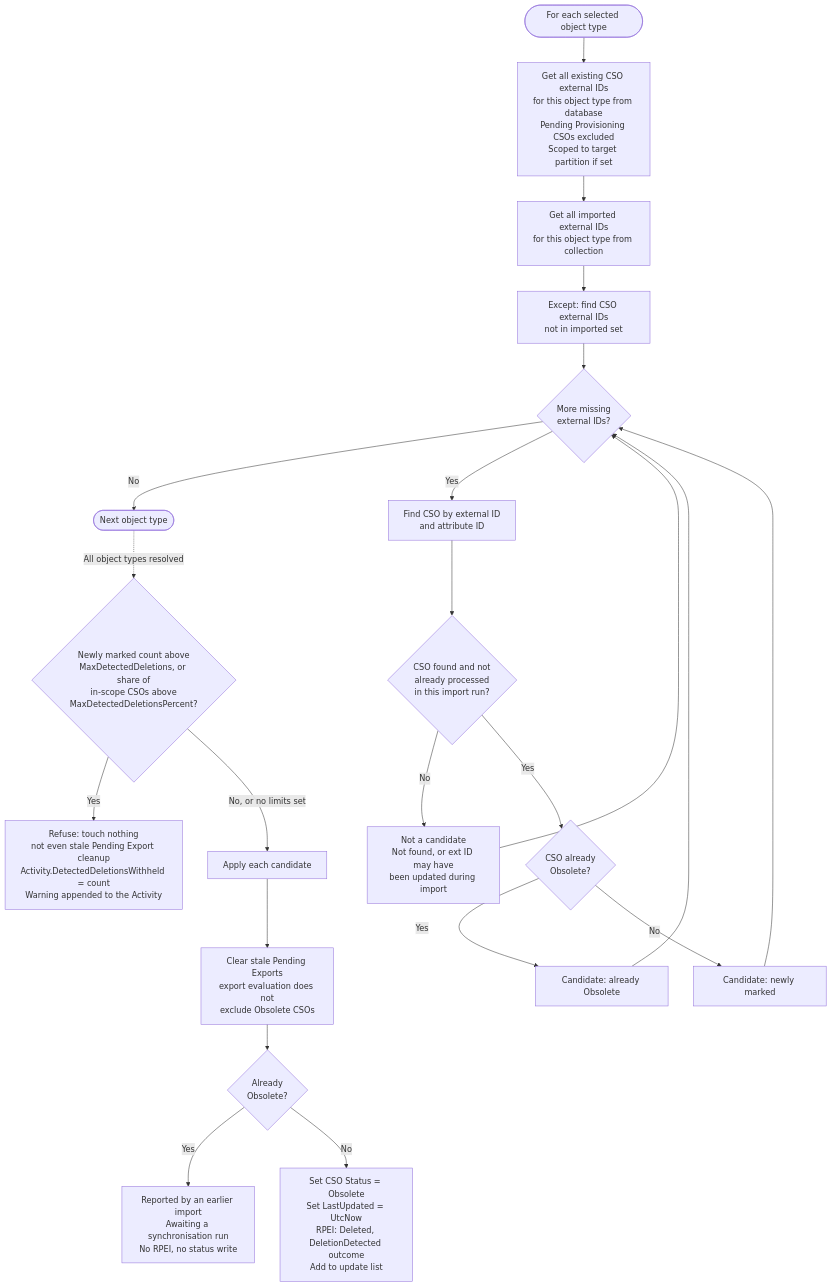
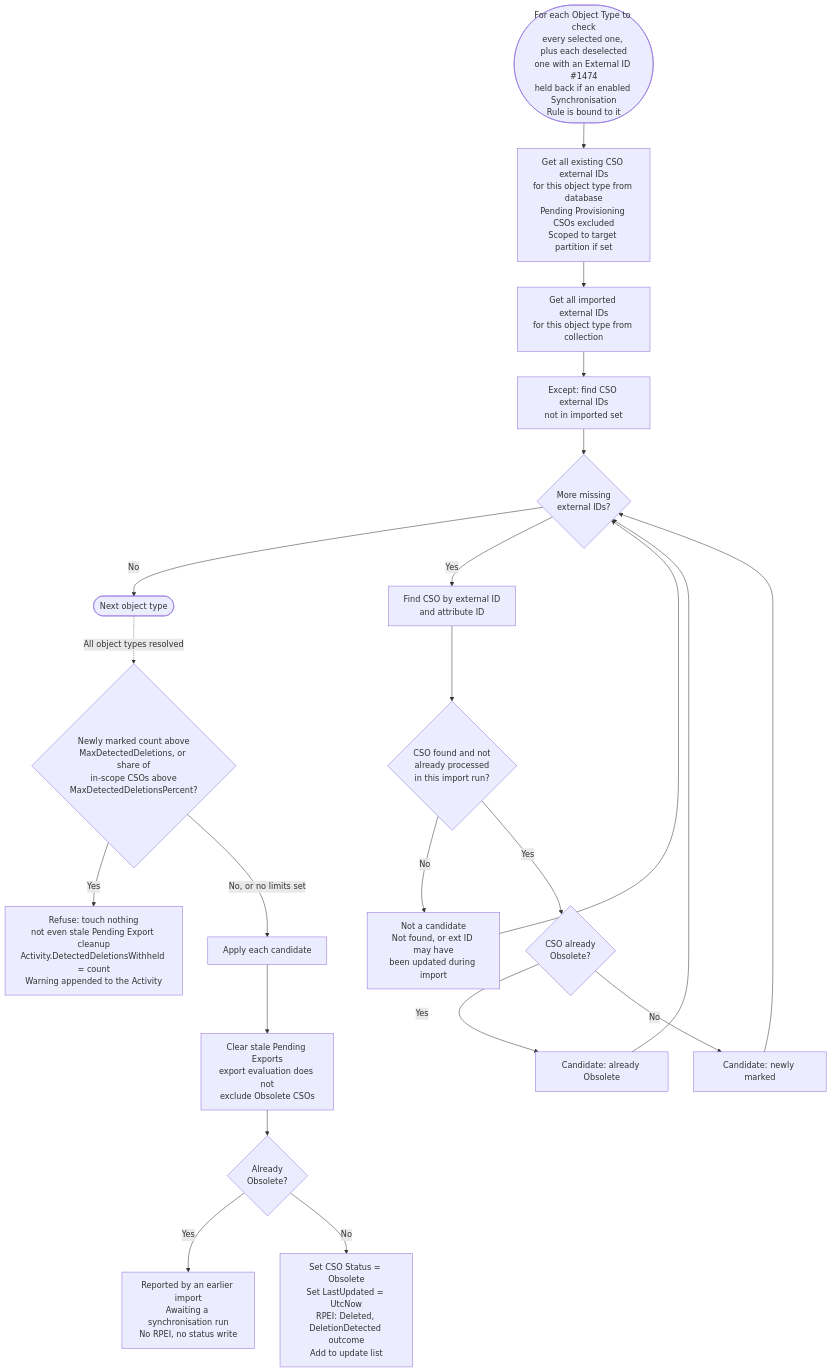
Before and after one commit to TetronIO/JIM: the third of 6 diagrams in docs/developer/diagrams/FULL_IMPORT_FLOW.md, drawn with Mermaid. The commit also changed other lines of this file and 28 other files, not shown here.

First line of the commit message:
docs: update documentation and diagrams for v0.16.0 release

````diff
--- a/docs/developer/diagrams/FULL_IMPORT_FLOW.md
+++ b/docs/developer/diagrams/FULL_IMPORT_FLOW.md
@@ -150,25 +156,25 @@
 ```mermaid
 flowchart TD
-    Start([For each selected object type]) --> GetExisting[Get all existing CSO external IDs<br/>for this object type from database<br/>Pending Provisioning CSOs excluded<br/>Scoped to target partition if set]
+    Start([For each Object Type to check<br/>every selected one, plus each deselected<br/>one with an External ID #1474<br/>held back if an enabled Synchronisation<br/>Rule is bound to it]) --> GetExisting[Get all existing CSO external IDs<br/>for this object type from database<br/>Pending Provisioning CSOs excluded<br/>Scoped to target partition if set]
     GetExisting --> GetImported[Get all imported external IDs<br/>for this object type from collection]
     GetImported --> Compare[Except: find CSO external IDs<br/>not in imported set]
     Compare --> Loop{More missing<br/>external IDs?}
     Loop -->|No| NextType([Next object type])
     Loop -->|Yes| FindCso[Find CSO by external ID<br/>and attribute ID]
     FindCso --> Found{CSO found and not<br/>already processed<br/>in this import run?}
     Found -->|No| Drop[Not a candidate<br/>Not found, or ext ID may have<br/>been updated during import]
     Drop --> Loop
     Found -->|Yes| Classify{CSO already<br/>Obsolete?}
     Classify -->|Yes| AlreadyObsolete[Candidate: already Obsolete]
     Classify -->|No| NewlyMarked[Candidate: newly marked]
     AlreadyObsolete --> Loop
     NewlyMarked --> Loop
 
     NextType -.->|All object types resolved| Limits{Newly marked count above<br/>MaxDetectedDeletions, or share of<br/>in-scope CSOs above<br/>MaxDetectedDeletionsPercent?}
     Limits -->|Yes| Refuse[Refuse: touch nothing<br/>not even stale Pending Export cleanup<br/>Activity.DetectedDeletionsWithheld = count<br/>Warning appended to the Activity]
     Limits -->|No, or no limits set| Apply[Apply each candidate]
     Apply --> ClearPes[Clear stale Pending Exports<br/>export evaluation does not<br/>exclude Obsolete CSOs]
     ClearPes --> WasObsolete{Already<br/>Obsolete?}
     WasObsolete -->|Yes| StillGone[Reported by an earlier import<br/>Awaiting a synchronisation run<br/>No RPEI, no status write]
     WasObsolete -->|No| Obsolete[Set CSO Status = Obsolete<br/>Set LastUpdated = UtcNow<br/>RPEI: Deleted, DeletionDetected outcome<br/>Add to update list]
 ```
````
